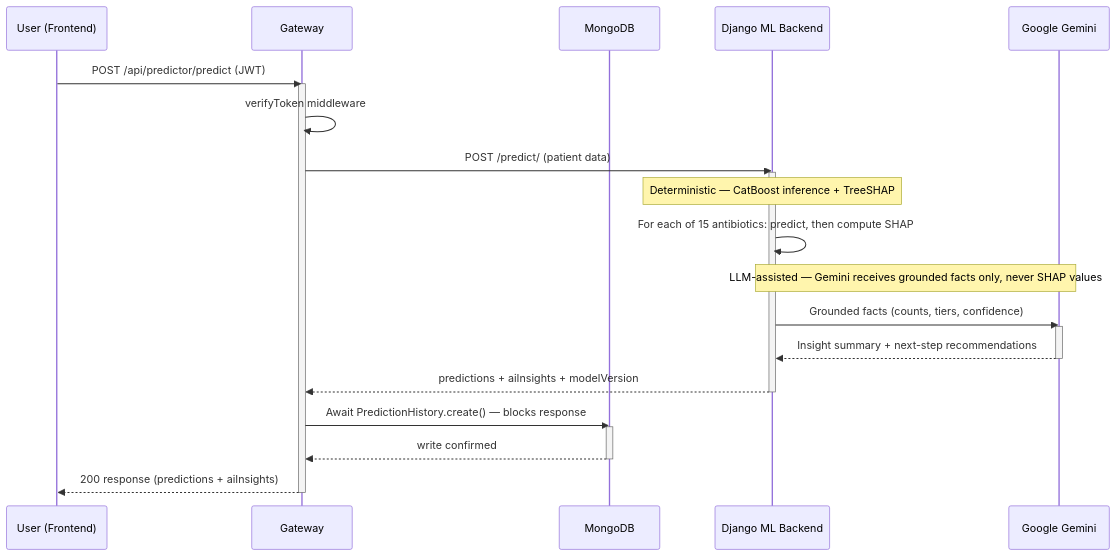
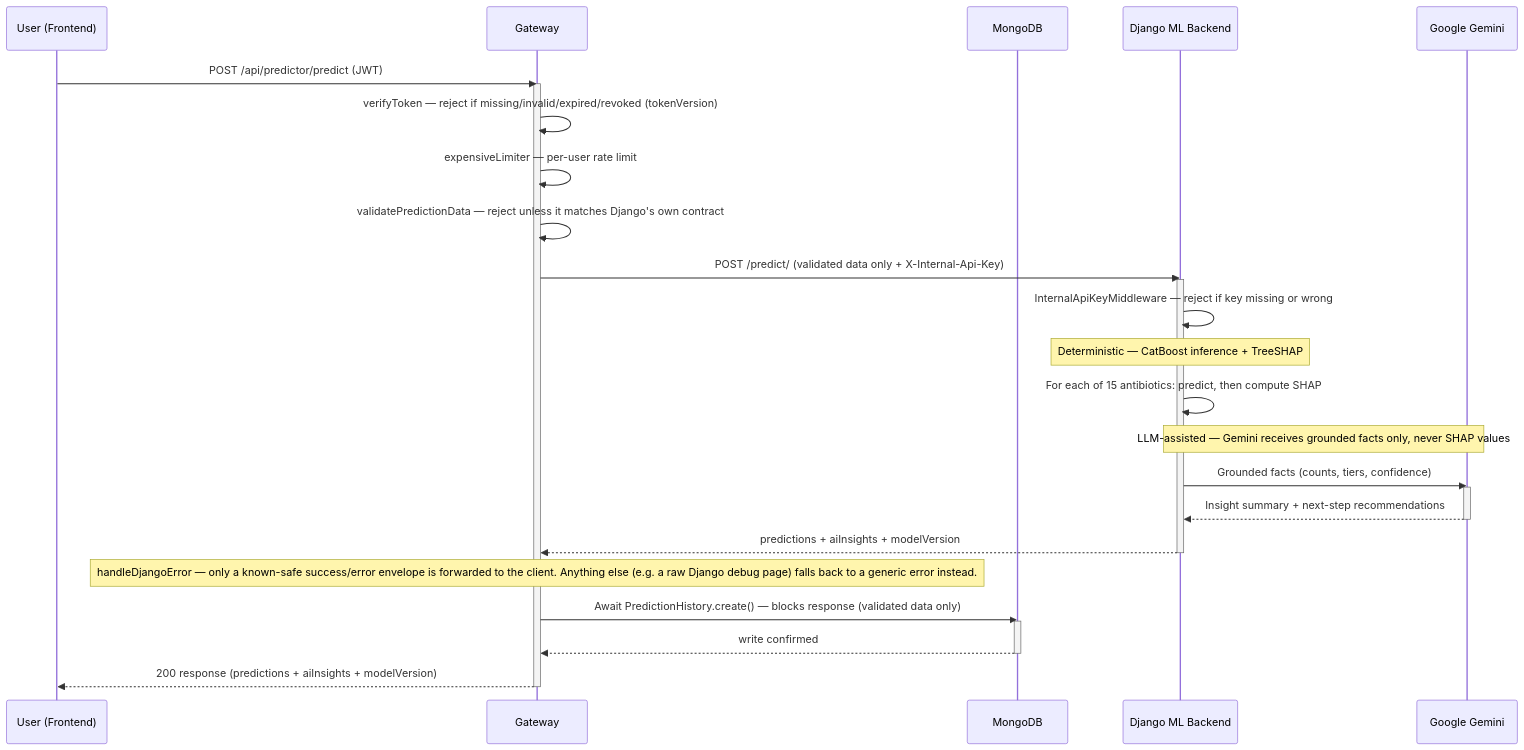
The diagram in docs/architecture/request-lifecycle.md (dhyeydaftary/antibiotic-resistance-intelligence-platform), drawn with Mermaid before and after one commit. The commit also changed other lines of this file and 12 other files, not shown here.

````diff
--- a/docs/architecture/request-lifecycle.md
+++ b/docs/architecture/request-lifecycle.md
@@ -17,29 +19,33 @@
 ```mermaid
 sequenceDiagram
     participant U as User (Frontend)
     participant GW as Gateway
     participant DB as MongoDB
     participant DJ as Django ML Backend
     participant AI as Google Gemini
 
     U->>GW: POST /api/predictor/predict (JWT)
     activate GW
-    GW->>GW: verifyToken middleware
-    GW->>DJ: POST /predict/ (patient data)
+    GW->>GW: verifyToken — reject if missing/invalid/expired/revoked (tokenVersion)
+    GW->>GW: expensiveLimiter — per-user rate limit
+    GW->>GW: validatePredictionData — reject unless it matches Django's own contract
+    GW->>DJ: POST /predict/ (validated data only + X-Internal-Api-Key)
     activate DJ
+    DJ->>DJ: InternalApiKeyMiddleware — reject if key missing or wrong
     Note over DJ: Deterministic — CatBoost inference + TreeSHAP
     DJ->>DJ: For each of 15 antibiotics: predict, then compute SHAP
     Note over DJ,AI: LLM-assisted — Gemini receives grounded facts only, never SHAP values
     DJ->>AI: Grounded facts (counts, tiers, confidence)
     activate AI
     AI-->>DJ: Insight summary + next-step recommendations
     deactivate AI
     DJ-->>GW: predictions + aiInsights + modelVersion
     deactivate DJ
-    GW->>DB: Await PredictionHistory.create() — blocks response
+    Note over GW: handleDjangoError — only a known-safe success/error envelope is forwarded to the client. Anything else (e.g. a raw Django debug page) falls back to a generic error instead.
+    GW->>DB: Await PredictionHistory.create() — blocks response (validated data only)
     activate DB
     DB-->>GW: write confirmed
     deactivate DB
-    GW-->>U: 200 response (predictions + aiInsights)
+    GW-->>U: 200 response (predictions + aiInsights + modelVersion)
     deactivate GW
 ```
````
